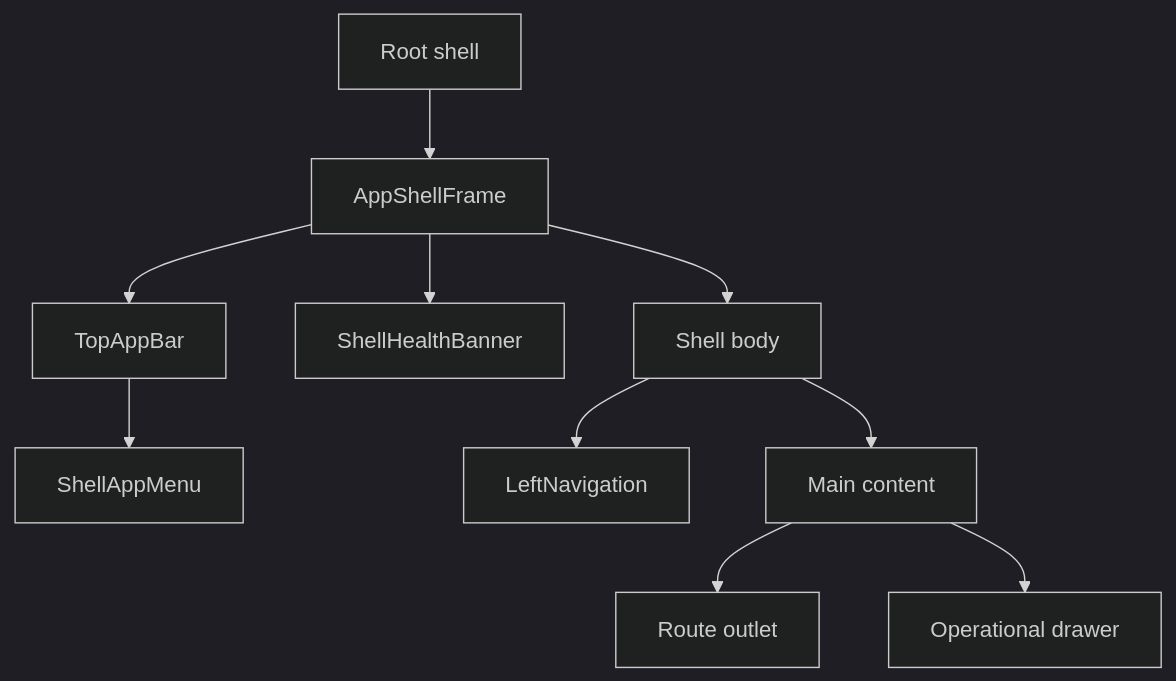
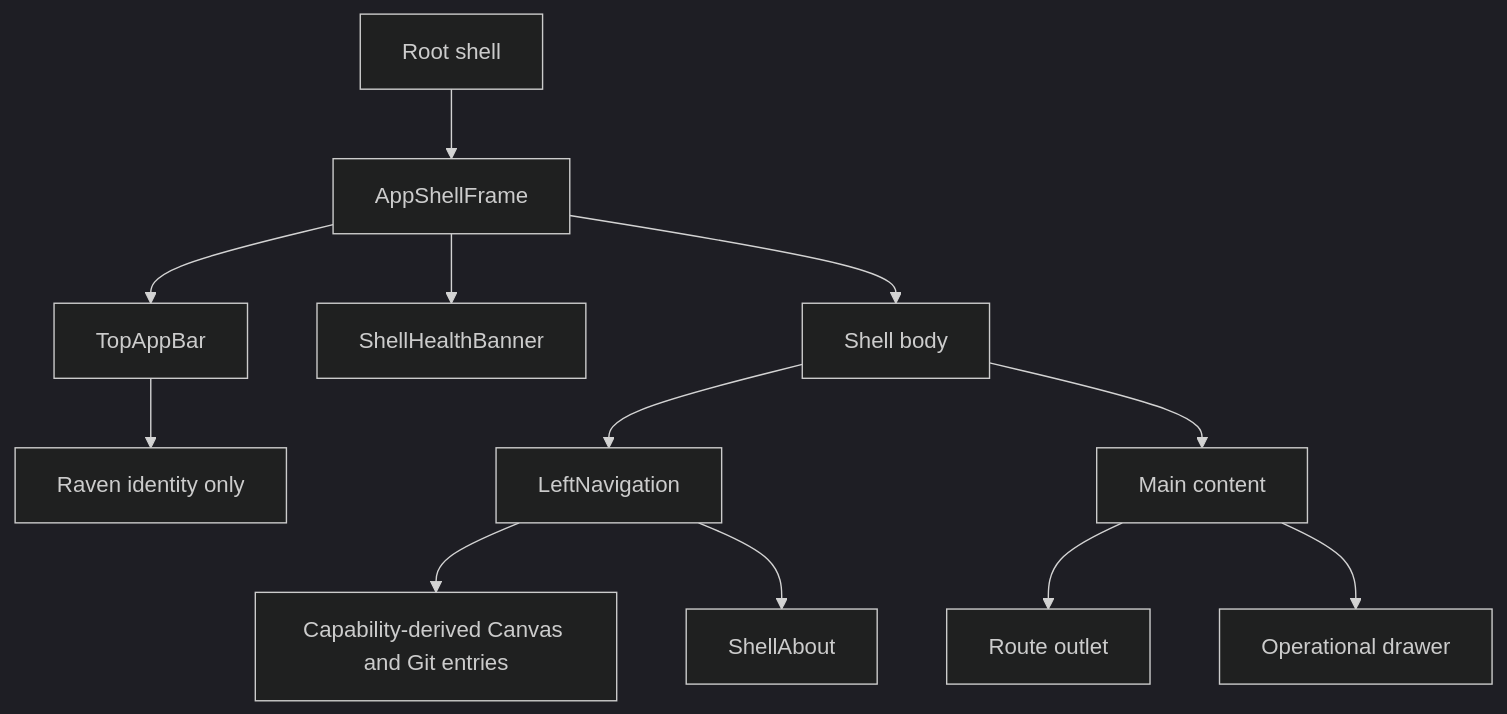
Before and after one commit to dunay2/dvt: the first of 34 diagrams in docs/architecture/components/web/appshell/app-shell.md, drawn with Mermaid (dark theme). The commit also changed other lines of this file and 424 other files, not shown here.

````diff
--- a/docs/architecture/components/web/appshell/app-shell.md
+++ b/docs/architecture/components/web/appshell/app-shell.md
@@ -39,12 +41,14 @@
 ```mermaid
 flowchart TB
   Root["Root shell"] --> Frame["AppShellFrame"]
   Frame --> TopBar["TopAppBar"]
-  TopBar --> AppMenu["ShellAppMenu"]
+  TopBar --> Identity["Raven identity only"]
+  Nav --> Activity["Capability-derived Canvas and Git entries"]
+  Nav --> About["ShellAbout"]
   Frame --> Health["ShellHealthBanner"]
   Frame --> Body["Shell body"]
   Body --> Nav["LeftNavigation"]
   Body --> Main["Main content"]
   Main --> Outlet["Route outlet"]
   Main --> Operations["Operational drawer"]
 ```
````
